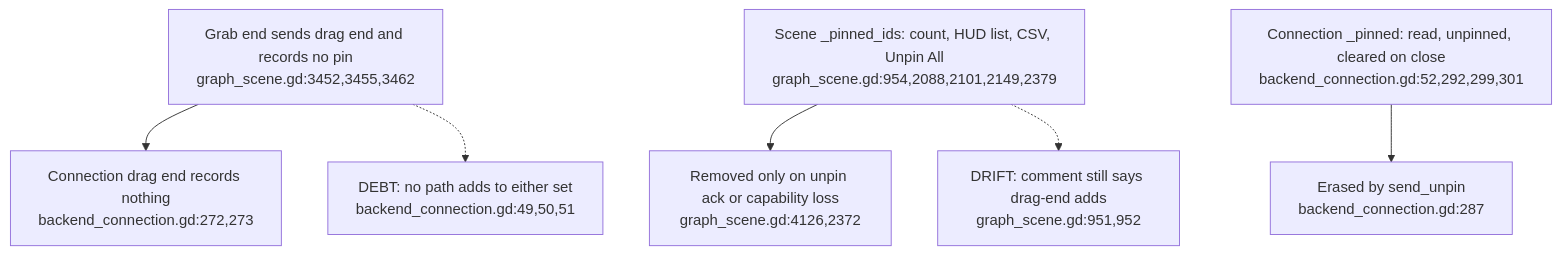
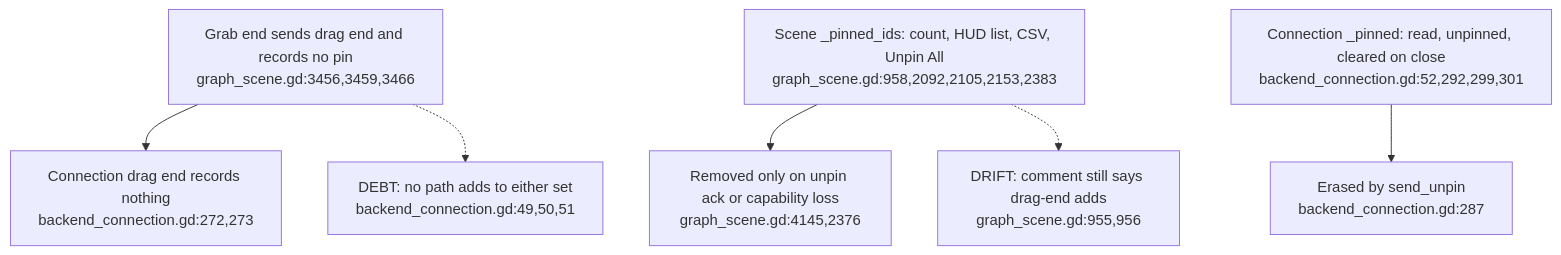
Before and after one commit to DreamLab-AI/VisionFlow: the sixth of 6 diagrams in docs/diagrams/visionclaw/53-xr-grab-lifetimes-and-input.md, drawn with Mermaid. The commit also changed other lines of this file and 173 other files, not shown here.

````diff
--- a/docs/diagrams/visionclaw/53-xr-grab-lifetimes-and-input.md
+++ b/docs/diagrams/visionclaw/53-xr-grab-lifetimes-and-input.md
@@ -91,8 +91,8 @@
 ```mermaid
 flowchart TD
-    END["Grab end sends drag end and records no pin<br/>graph_scene.gd:3452,3455,3462"] --> CONN["Connection drag end records nothing<br/>backend_connection.gd:272,273"]
-    SCENE["Scene _pinned_ids: count, HUD list, CSV, Unpin All<br/>graph_scene.gd:954,2088,2101,2149,2379"] --> ACK["Removed only on unpin ack or capability loss<br/>graph_scene.gd:4126,2372"]
+    END["Grab end sends drag end and records no pin<br/>graph_scene.gd:3456,3459,3466"] --> CONN["Connection drag end records nothing<br/>backend_connection.gd:272,273"]
+    SCENE["Scene _pinned_ids: count, HUD list, CSV, Unpin All<br/>graph_scene.gd:958,2092,2105,2153,2383"] --> ACK["Removed only on unpin ack or capability loss<br/>graph_scene.gd:4145,2376"]
     CONNSET["Connection _pinned: read, unpinned, cleared on close<br/>backend_connection.gd:52,292,299,301"] --> ACK2["Erased by send_unpin<br/>backend_connection.gd:287"]
     END -.-> D1["DEBT: no path adds to either set<br/>backend_connection.gd:49,50,51"]
-    SCENE -.-> D2["DRIFT: comment still says drag-end adds<br/>graph_scene.gd:951,952"]
+    SCENE -.-> D2["DRIFT: comment still says drag-end adds<br/>graph_scene.gd:955,956"]
 ```
````
